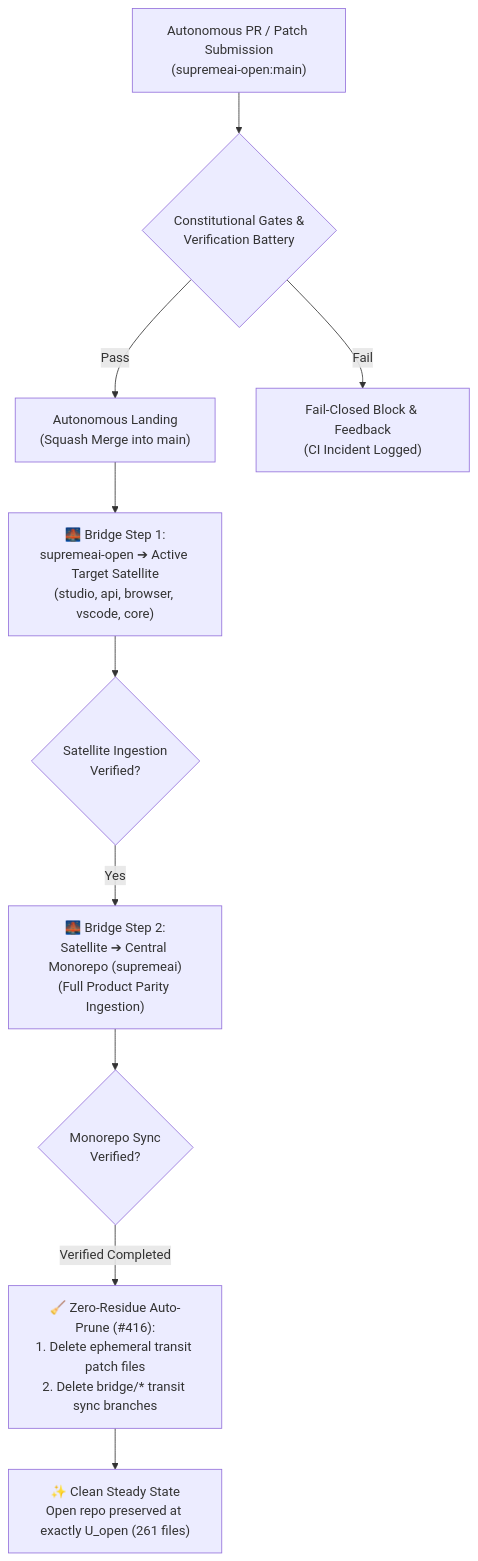
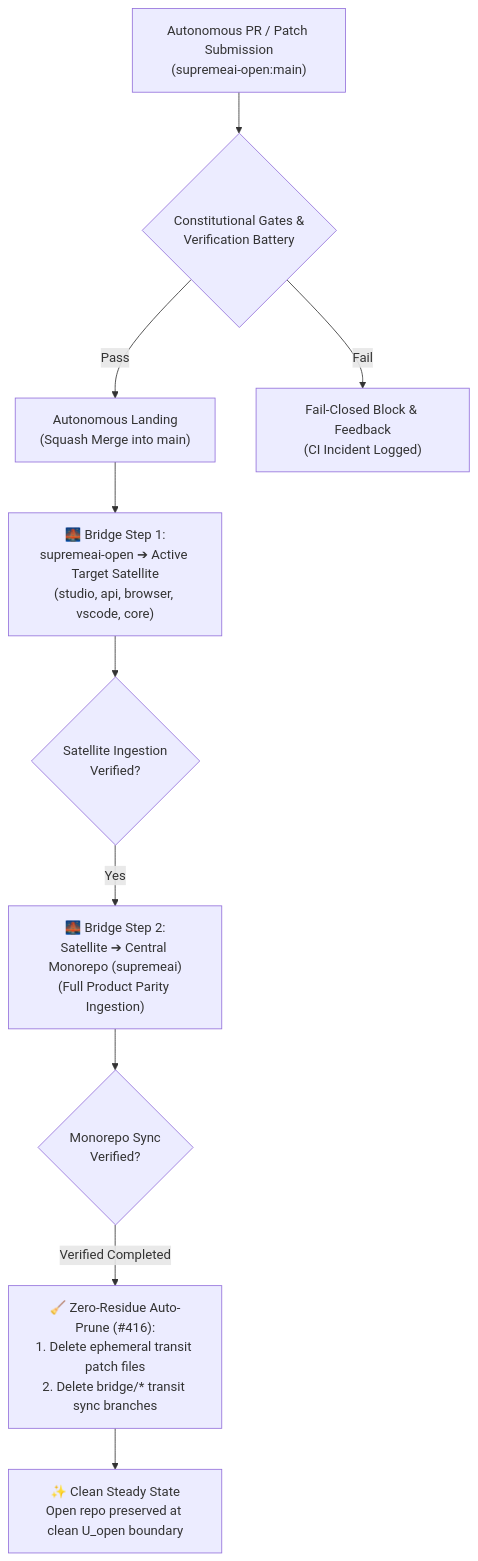
One commit to Supremeai-bd/supremeai-open changed the second of 3 diagrams in README.md. Above: the diagram before and after it, drawn with Mermaid. The commit also changed other lines of this file and 6 other files, not shown here.

Commit message:
refactor(architecture): decouple hardcoded counts and unify Federation Anchor Hub SSOT

````diff
--- a/README.md
+++ b/README.md
@@ -72,18 +72,18 @@
 ```mermaid
 flowchart TD
     PR["Autonomous PR / Patch Submission<br>(supremeai-open:main)"] --> GATES{"Constitutional Gates &<br>Verification Battery"}
     
     GATES -- "Pass" --> LAND["Autonomous Landing<br>(Squash Merge into main)"]
     GATES -- "Fail" --> REJECT["Fail-Closed Block & Feedback<br>(CI Incident Logged)"]
     
     LAND --> STEP1["🌉 Bridge Step 1:<br>supremeai-open ➔ Active Target Satellite<br>(studio, api, browser, vscode, core)"]
     
     STEP1 --> VERIFY1{"Satellite Ingestion<br>Verified?"}
     VERIFY1 -- "Yes" --> STEP2["🌉 Bridge Step 2:<br>Satellite ➔ Central Monorepo (supremeai)<br>(Full Product Parity Ingestion)"]
     
     STEP2 --> VERIFY2{"Monorepo Sync<br>Verified?"}
     
     VERIFY2 -- "Verified Completed" --> PRUNE["🧹 Zero-Residue Auto-Prune (#416):<br>1. Delete ephemeral transit patch files<br>2. Delete bridge/* transit sync branches"]
     
-    PRUNE --> CLEAN["✨ Clean Steady State<br>Open repo preserved at exactly U_open (261 files)"]
+    PRUNE --> CLEAN["✨ Clean Steady State<br>Open repo preserved at clean U_open boundary"]
 ```
````
